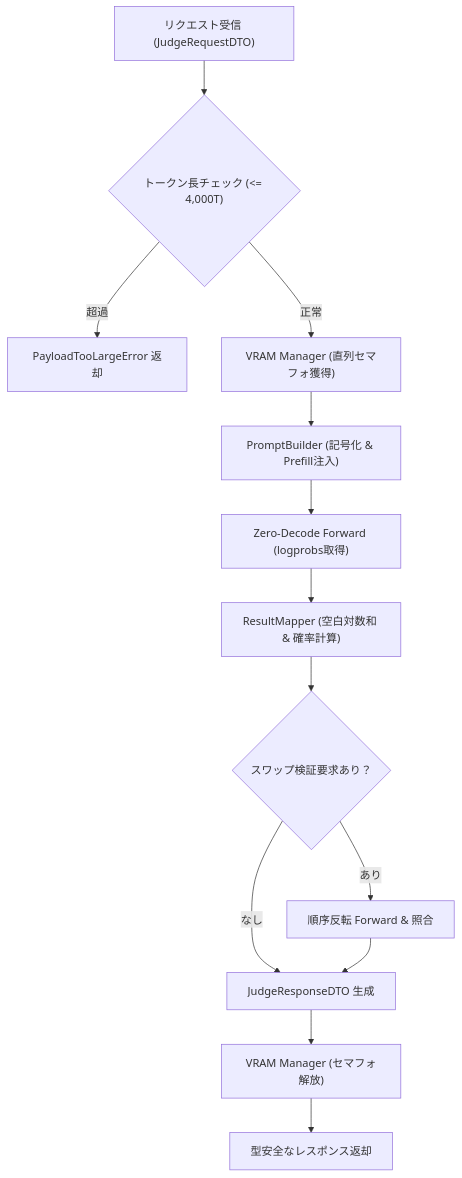
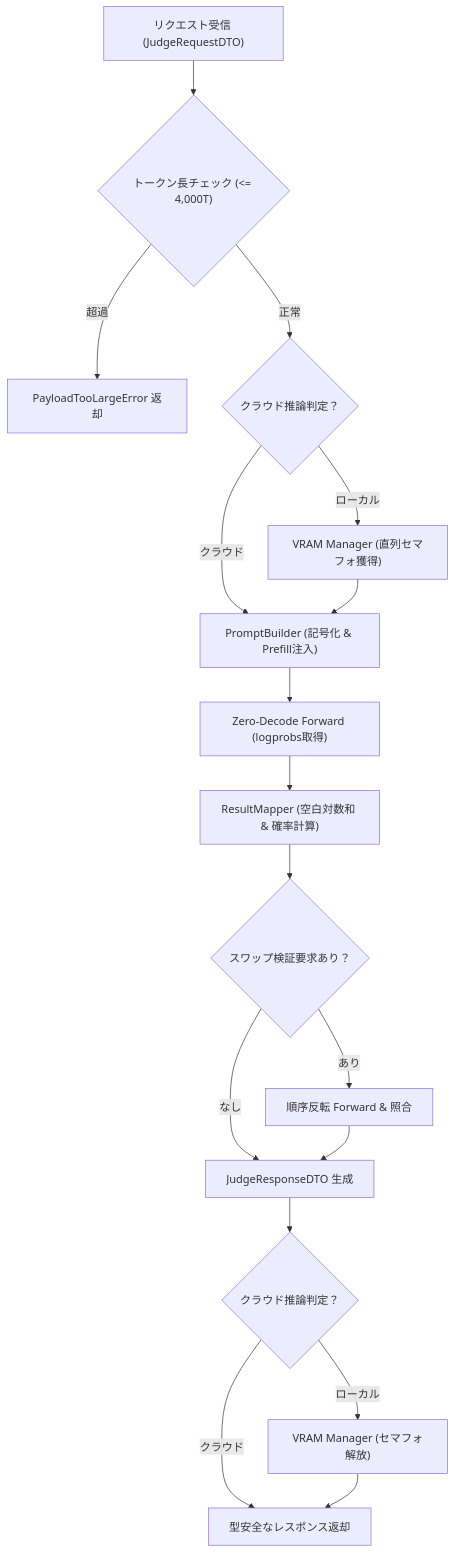
One commit to xzyozi/jev-localsystem changed the diagram in docs/design/JEV-DD-001_推論判定パイプライン詳細設計書.md. Above: the diagram before and after it, drawn with Mermaid. The commit also changed other lines of this file and 3 other files, not shown here.

````diff
--- a/docs/design/JEV-DD-001_推論判定パイプライン詳細設計書.md
+++ b/docs/design/JEV-DD-001_推論判定パイプライン詳細設計書.md
@@ -204,18 +206,21 @@
 ```mermaid
 flowchart TD
     Req["リクエスト受信 (JudgeRequestDTO)"] --> LimitCheck{"トークン長チェック (<= 4,000T)"}
     LimitCheck -->|超過| ErrPayload["PayloadTooLargeError 返却"]
-    LimitCheck -->|正常| QueueLock["VRAM Manager (直列セマフォ獲得)"]
-
-    QueueLock --> PB["PromptBuilder (記号化 & Prefill注入)"]
+    LimitCheck -->|正常| CloudCheck{"クラウド推論判定？"}
+    CloudCheck -->|ローカル| QueueLock["VRAM Manager (直列セマフォ獲得)"]
+    CloudCheck -->|クラウド| PB["PromptBuilder (記号化 & Prefill注入)"]
+    QueueLock --> PB
     PB --> Forward["Zero-Decode Forward (logprobs取得)"]
     Forward --> RM["ResultMapper (空白対数和 & 確率計算)"]
     
     RM --> SwapBranch{"スワップ検証要求あり？"}
     SwapBranch -->|あり| SwapForward["順序反転 Forward & 照合"]
     SwapBranch -->|なし| PackDTO["JudgeResponseDTO 生成"]
     SwapForward --> PackDTO
 
-    PackDTO --> QueueRelease["VRAM Manager (セマフォ解放)"]
-    QueueRelease --> Res["型安全なレスポンス返却"]
+    PackDTO --> RelCheck{"クラウド推論判定？"}
+    RelCheck -->|ローカル| QueueRelease["VRAM Manager (セマフォ解放)"]
+    RelCheck -->|クラウド| Res["型安全なレスポンス返却"]
+    QueueRelease --> Res
 ```
````
